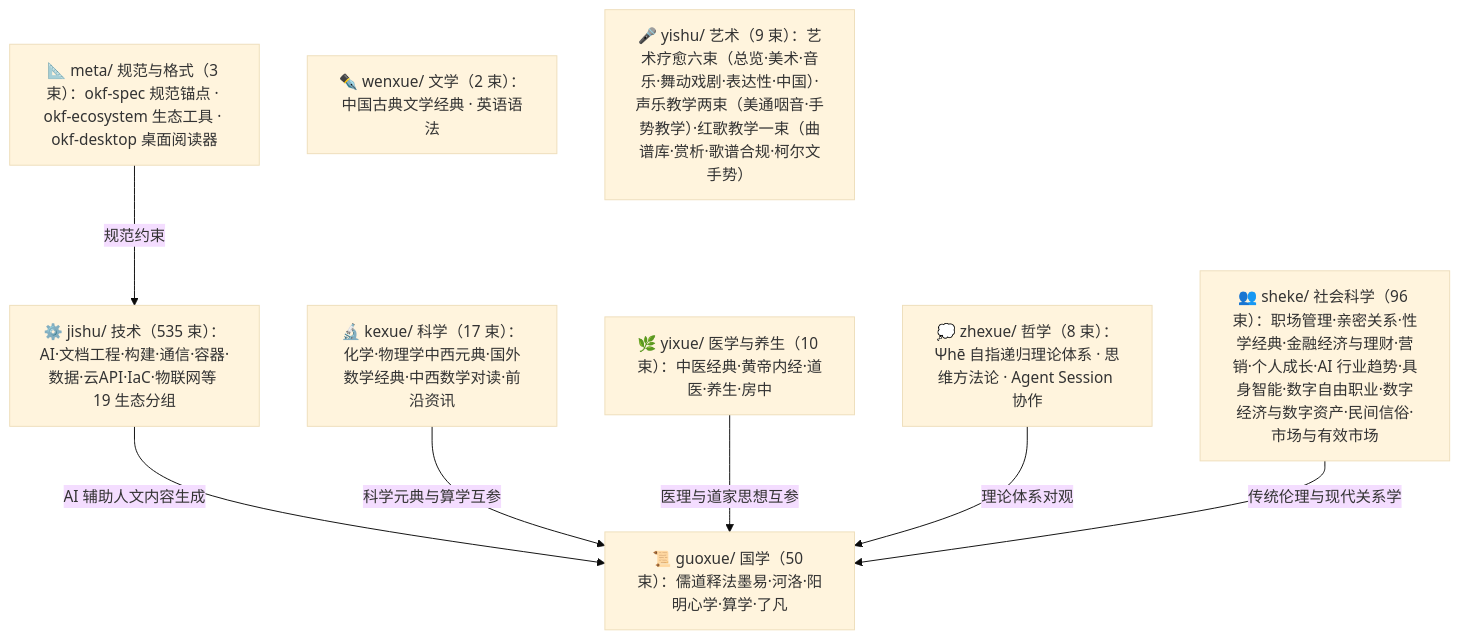
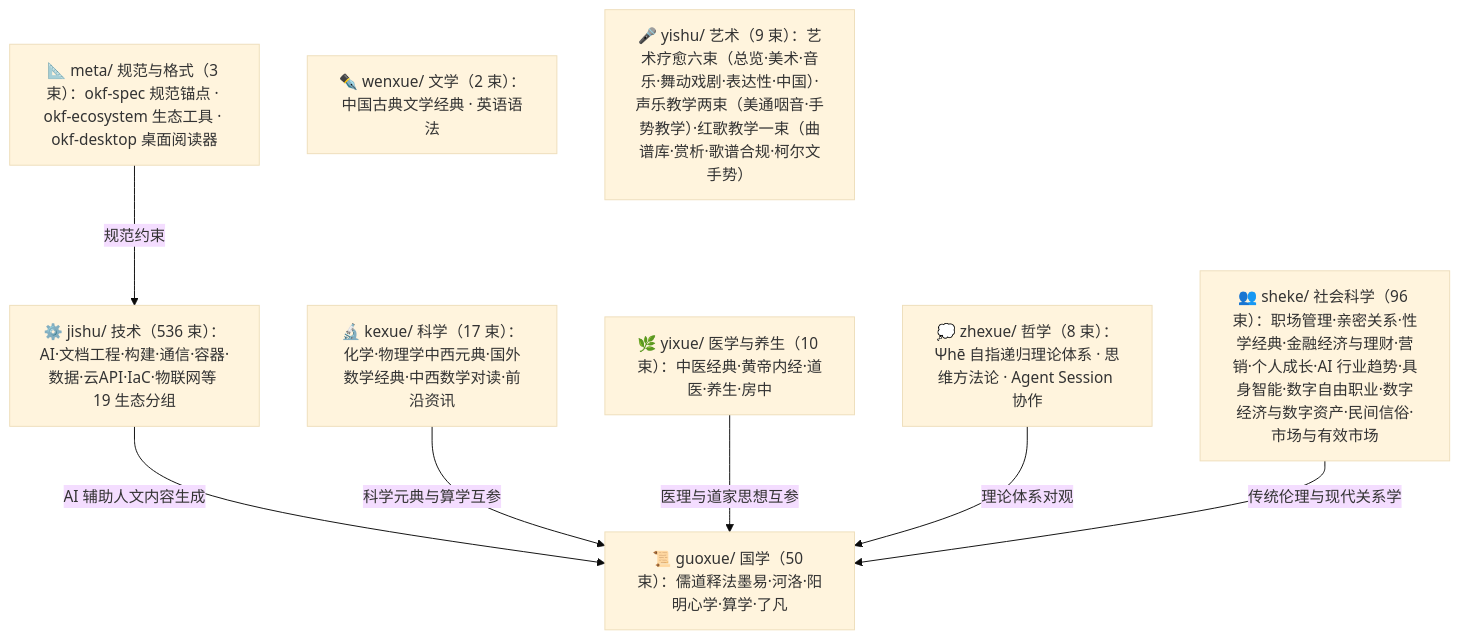
Before and after one commit to awesome-flexloop/awesome-okf: the diagram in doc/bundles/index.md, drawn with Mermaid (base theme). The commit also changed other lines of this file and 30 other files, not shown here.

````diff
--- a/doc/bundles/index.md
+++ b/doc/bundles/index.md
@@ -21,18 +21,18 @@
 ```mermaid
 flowchart TD
     meta["📐 meta/ 规范与格式（3 束）：okf-spec 规范锚点 · okf-ecosystem 生态工具 · okf-desktop 桌面阅读器"]
     guoxue["📜 guoxue/ 国学（50 束）：儒道释法墨易·河洛·阳明心学·算学·了凡"]
     zhexue["💭 zhexue/ 哲学（8 束）：Ψhē 自指递归理论体系 · 思维方法论 · Agent Session 协作"]
     kexue["🔬 kexue/ 科学（17 束）：化学·物理学中西元典·国外数学经典·中西数学对读·前沿资讯"]
     wenxue["✒️ wenxue/ 文学（2 束）：中国古典文学经典 · 英语语法"]
     yixue["🌿 yixue/ 医学与养生（10 束）：中医经典·黄帝内经·道医·养生·房中"]
     sheke["👥 sheke/ 社会科学（96 束）：职场管理·亲密关系·性学经典·金融经济与理财·营销·个人成长·AI 行业趋势·具身智能·数字自由职业·数字经济与数字资产·民间信俗·市场与有效市场"]
     yishu["🎤 yishu/ 艺术（9 束）：艺术疗愈六束（总览·美术·音乐·舞动戏剧·表达性·中国）·声乐教学两束（美通咽音·手势教学）·红歌教学一束（曲谱库·赏析·歌谱合规·柯尔文手势）"]
-    jishu["⚙️ jishu/ 技术（535 束）：AI·文档工程·构建·通信·容器·数据·云API·IaC·物联网等 19 生态分组"]
+    jishu["⚙️ jishu/ 技术（536 束）：AI·文档工程·构建·通信·容器·数据·云API·IaC·物联网等 19 生态分组"]
     meta -->|"规范约束"| jishu
     jishu -->|"AI 辅助人文内容生成"| guoxue
     kexue -->|"科学元典与算学互参"| guoxue
     yixue -->|"医理与道家思想互参"| guoxue
     zhexue -->|"理论体系对观"| guoxue
     sheke -->|"传统伦理与现代关系学"| guoxue
 ```
````
